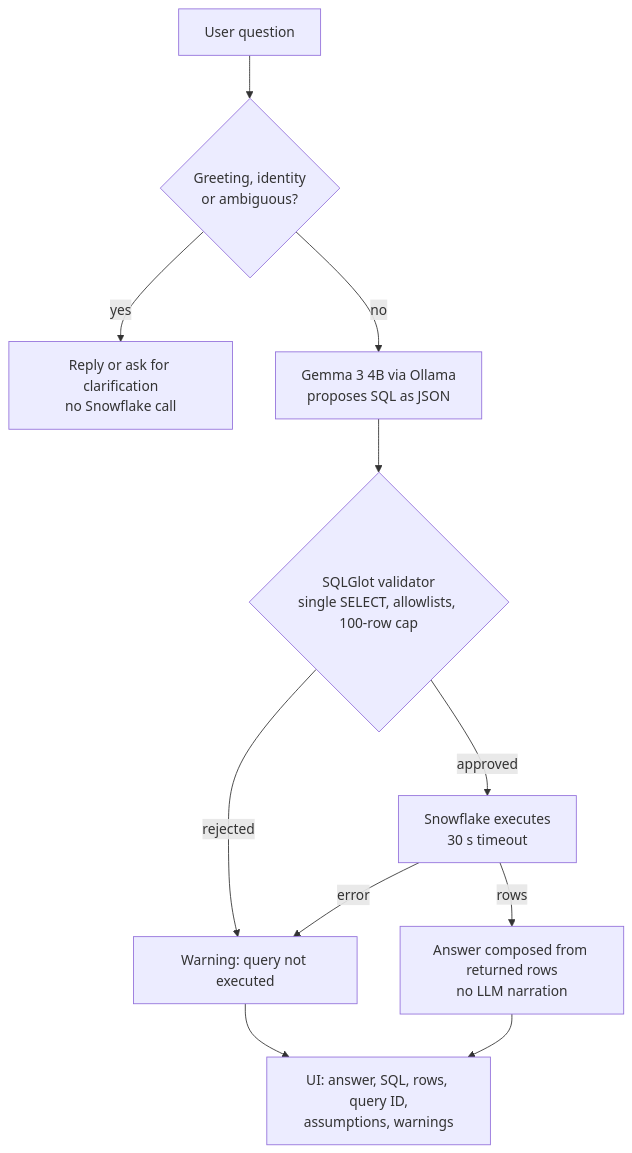
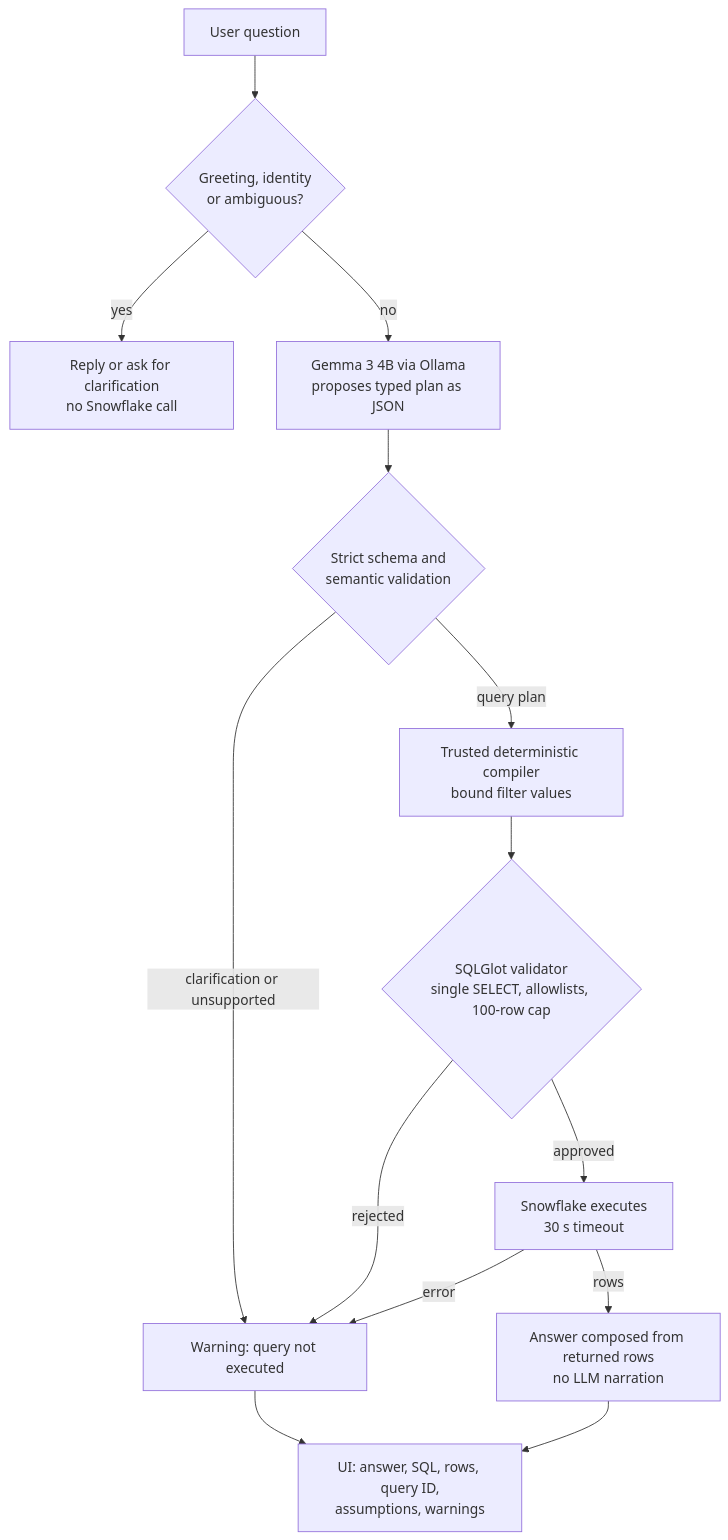
One commit to DarkVeteran28/datamind-team-leviathan changed the diagram in README.md. Above: the diagram before and after it, drawn with Mermaid. The commit also changed other lines of this file and 21 other files, not shown here.

Commit message:
Typed Query Plans and Deterministic SQL Compilation

````diff
--- a/README.md
+++ b/README.md
@@ -126,13 +128,16 @@
 ```mermaid
 flowchart TD
     Q[User question] --> P{Greeting, identity<br/>or ambiguous?}
     P -->|yes| R[Reply or ask for clarification<br/>no Snowflake call]
-    P -->|no| L[Gemma 3 4B via Ollama<br/>proposes SQL as JSON]
-    L --> V{SQLGlot validator<br/>single SELECT, allowlists, 100-row cap}
+    P -->|no| L[Gemma 3 4B via Ollama<br/>proposes typed plan as JSON]
+    L --> T{Strict schema and<br/>semantic validation}
+    T -->|clarification or unsupported| W[Respond without SQL or Snowflake]
+    T -->|query plan| C[Trusted deterministic compiler<br/>bound filter values]
+    C --> V{SQLGlot validator<br/>single SELECT, allowlists, 100-row cap}
     V -->|rejected| W[Warning: query not executed]
     V -->|approved| S[Snowflake executes<br/>30 s timeout]
     S -->|error| W
     S -->|rows| A[Answer composed from returned rows<br/>no LLM narration]
     A --> U[UI: answer, SQL, rows, query ID,<br/>assumptions, warnings]
     W --> U
 ```
````
